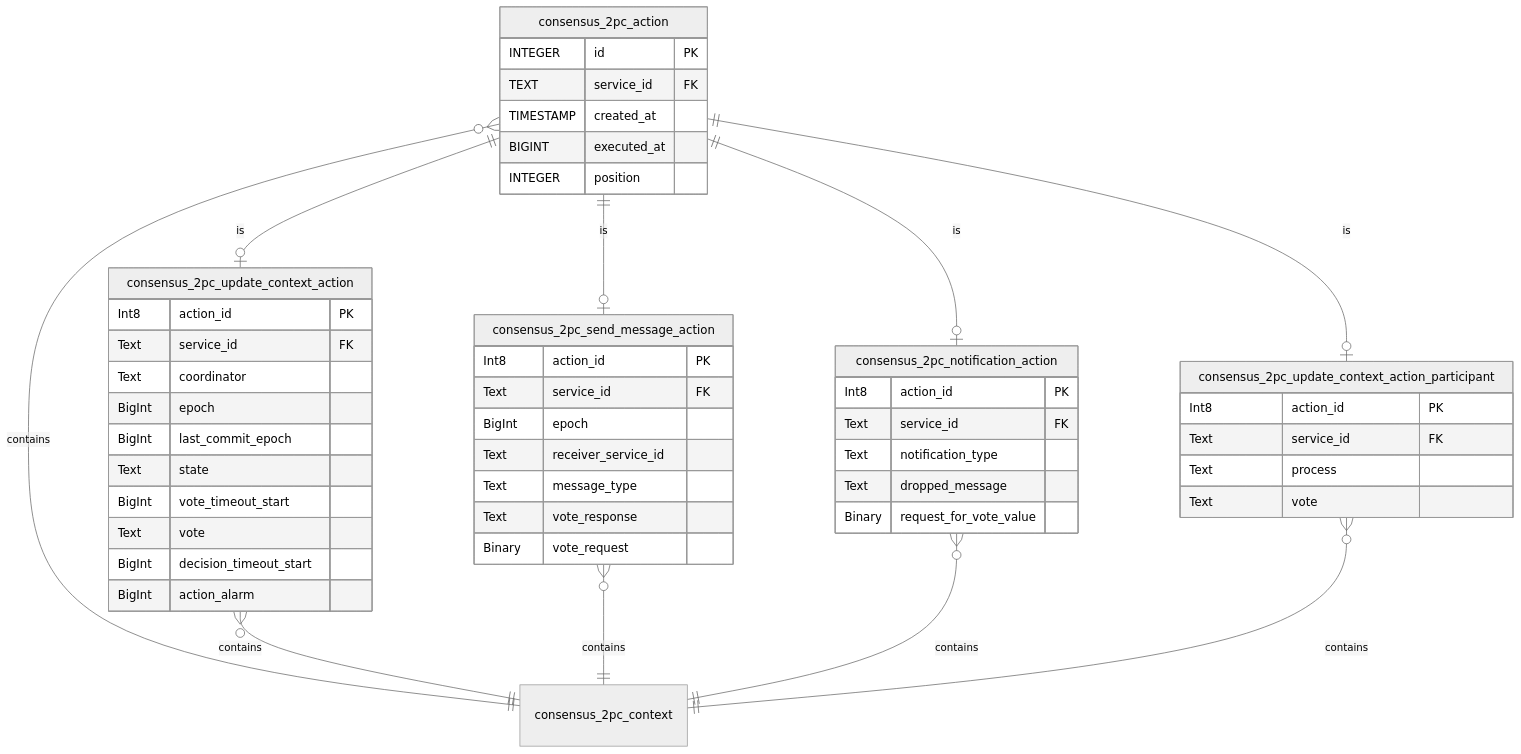
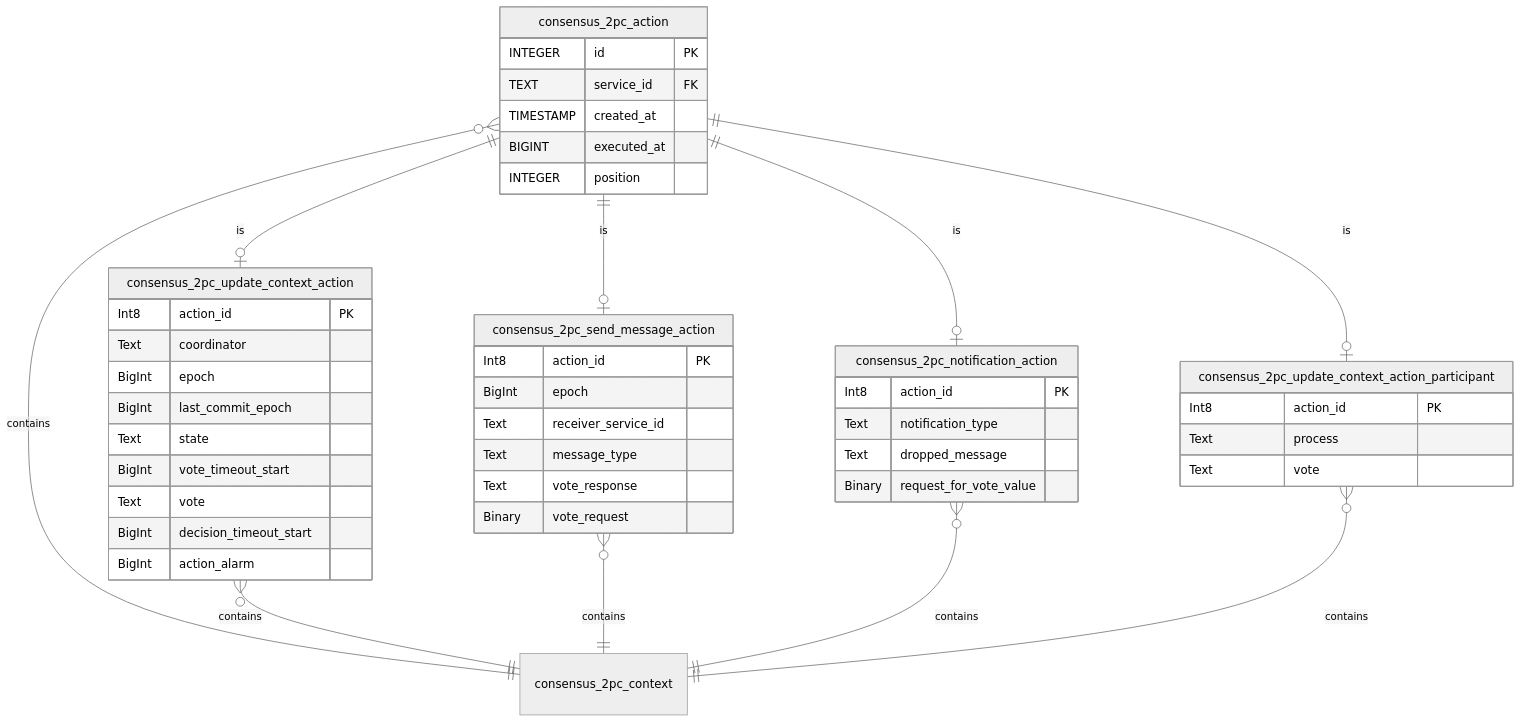
The third of 4 diagrams in community/planning/splinter_v0.7_database.md (Cargill/splinter-docs), drawn with Mermaid (neutral theme) before and after one commit. The commit also changed other lines of this file, not shown here.

First line of the commit message:
Update database doc - remove dup service_ids

```diff
--- a/community/planning/splinter_v0.7_database.md
+++ b/community/planning/splinter_v0.7_database.md
@@ -203,62 +203,58 @@
 <div class="mermaid">
 erDiagram
     consensus_2pc_context {}
 
     consensus_2pc_action {
         INTEGER id PK
         TEXT service_id FK
         TIMESTAMP created_at
         BIGINT executed_at
         INTEGER position
     }
     consensus_2pc_action }o--|| consensus_2pc_context: contains
 
     consensus_2pc_update_context_action {
         Int8 action_id PK
-        Text service_id FK
         Text coordinator
         BigInt epoch
         BigInt last_commit_epoch
         Text state
         BigInt vote_timeout_start
         Text vote
         BigInt decision_timeout_start
         BigInt action_alarm
     }
     consensus_2pc_action ||--o| consensus_2pc_update_context_action: is
     consensus_2pc_update_context_action }o--|| consensus_2pc_context: contains
 
     consensus_2pc_send_message_action {
         Int8 action_id PK
-        Text service_id FK
         BigInt epoch
         Text receiver_service_id
         Text message_type
         Text vote_response
         Binary vote_request
     }
 
     consensus_2pc_action ||--o| consensus_2pc_send_message_action: is
     consensus_2pc_send_message_action }o--|| consensus_2pc_context: contains
 
     consensus_2pc_notification_action {
         Int8 action_id PK
-        Text service_id FK
         Text notification_type
         Text dropped_message
         Binary request_for_vote_value
     }
 
     consensus_2pc_action ||--o| consensus_2pc_notification_action: is
     consensus_2pc_notification_action }o--|| consensus_2pc_context: contains
 
     consensus_2pc_update_context_action_participant {
         Int8 action_id PK
-        Text service_id FK
         Text process
         Text vote
     }
 
 consensus_2pc_action ||--o| consensus_2pc_update_context_action_participant: is
 consensus_2pc_update_context_action_participant }o--|| consensus_2pc_context: contains
 </div>
```
